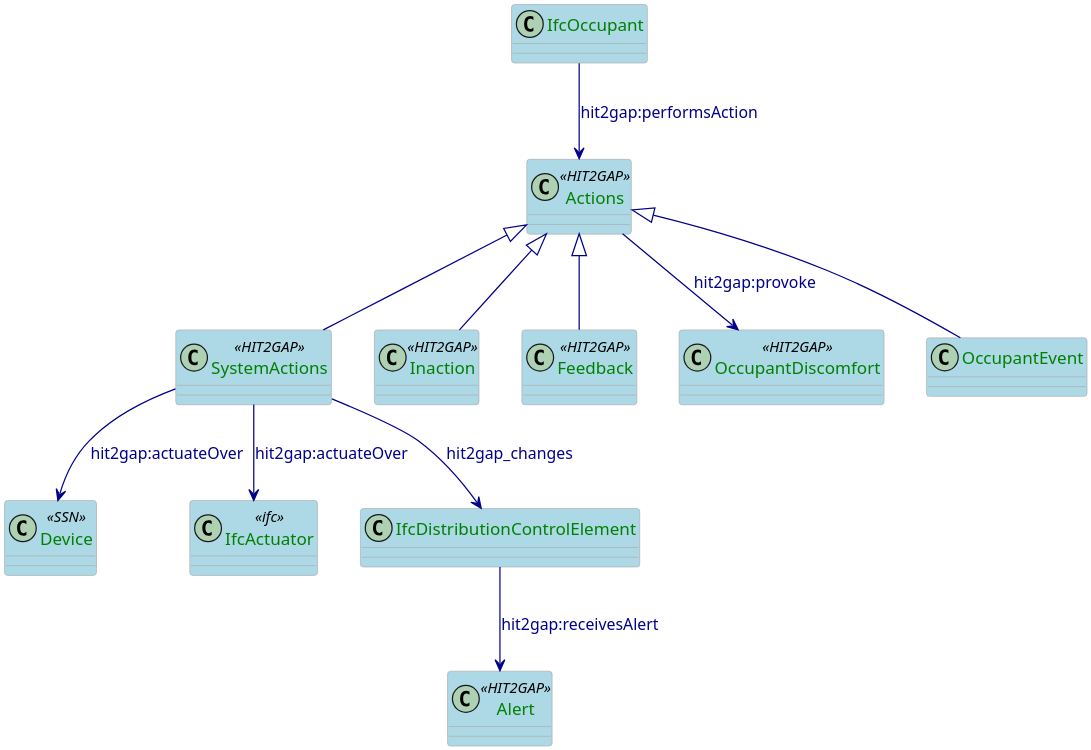
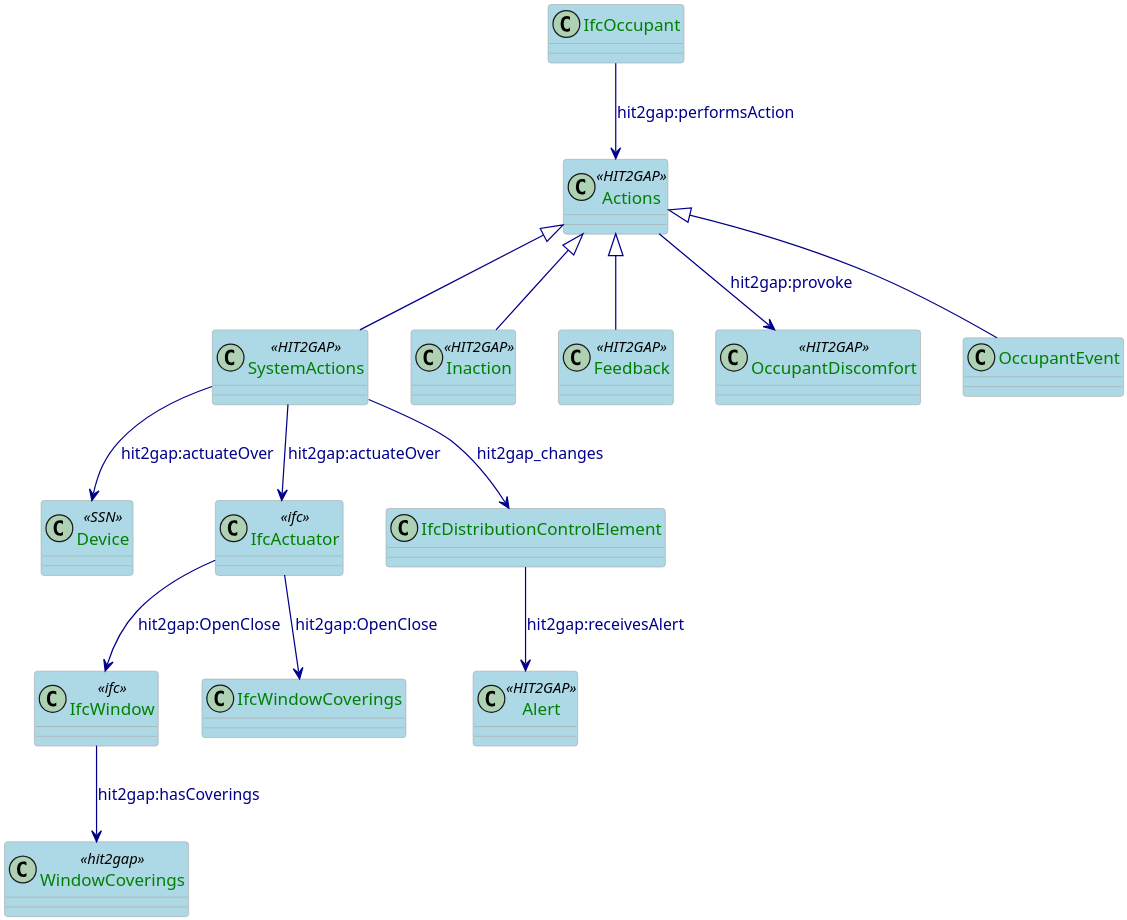
Before and after one commit to HIT2GAP-EU-PROJECT/BEMOnt: the diagram in docs/plantuml/ActionSpecification.puml, drawn with PlantUML.

```diff
--- a/docs/plantuml/ActionSpecification.puml
+++ b/docs/plantuml/ActionSpecification.puml
@@ -1,57 +1,66 @@
 @startuml
 
 skinparam class {
   ArrowColor DarkBlue
   ArrowFontColor DarkBlue
   BackgroundColor LightBlue
   BorderColor DarkGrey
 }
 skinparam dpi 300
 skinparam stereotypeCBackgroundColor Wheat
 skinparam classAttributeFontColor  Green
 
 class Actions <<HIT2GAP>>{
 
 }
 
 class SystemActions<<HIT2GAP>>{
 
 }
 
 class Device <<SSN>>{
 
 }
 
 class Alert <<HIT2GAP>>{
 
 }
 
 class Inaction <<HIT2GAP>>{
 
 }
 
 class Feedback <<HIT2GAP>>{
 
 }
 
 
 class OccupantDiscomfort <<HIT2GAP>>{
 
 }
 
+class WindowCoverings <<hit2gap>> 
+
+
 class IfcActuator <<ifc>>
+class IfcWindow <<ifc>>
+
 
 Actions <|-- SystemActions
 Actions <|-- Inaction
 
 Actions <|-- Feedback
 Actions <|-- OccupantEvent
 
 Actions --> OccupantDiscomfort: hit2gap:provoke
 SystemActions --> IfcDistributionControlElement:hit2gap_changes
 IfcDistributionControlElement --> Alert: hit2gap:receivesAlert
 SystemActions --> Device: hit2gap:actuateOver
 SystemActions --> IfcActuator: hit2gap:actuateOver
 IfcOccupant --> Actions: hit2gap:performsAction
+IfcWindow --> WindowCoverings: hit2gap:hasCoverings
+IfcActuator --> IfcWindow: hit2gap:OpenClose
+IfcActuator --> IfcWindowCoverings: hit2gap:OpenClose
+
 
 @enduml
```
